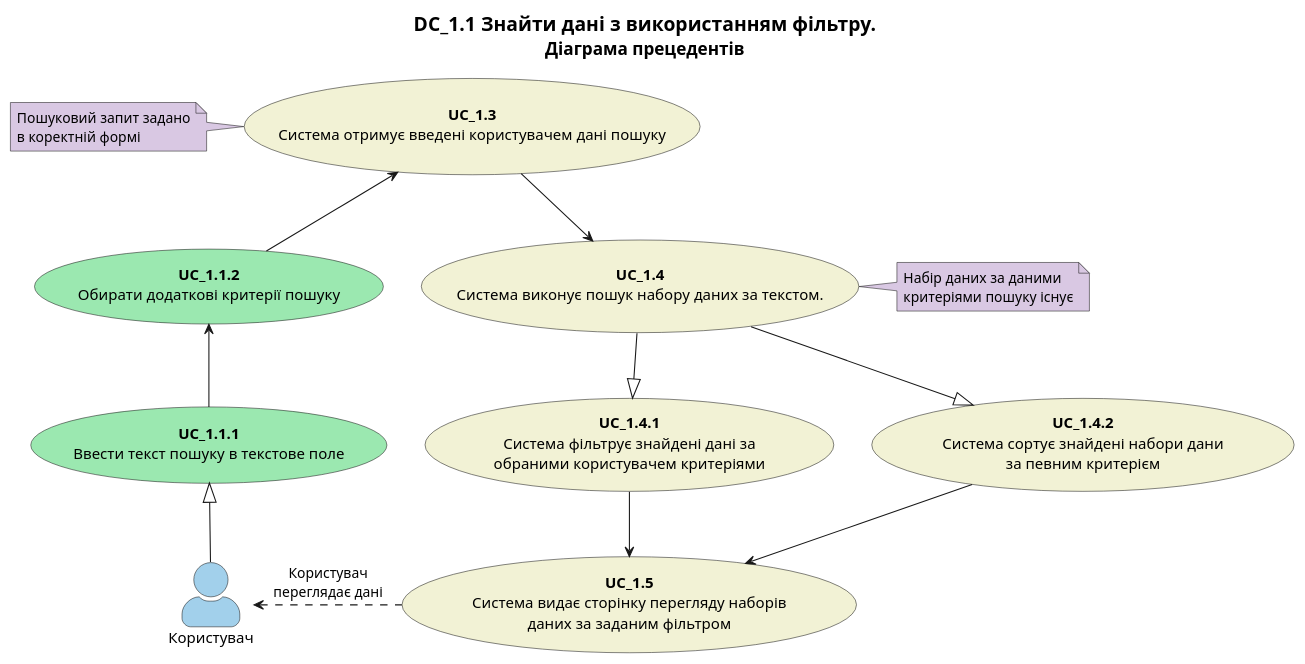
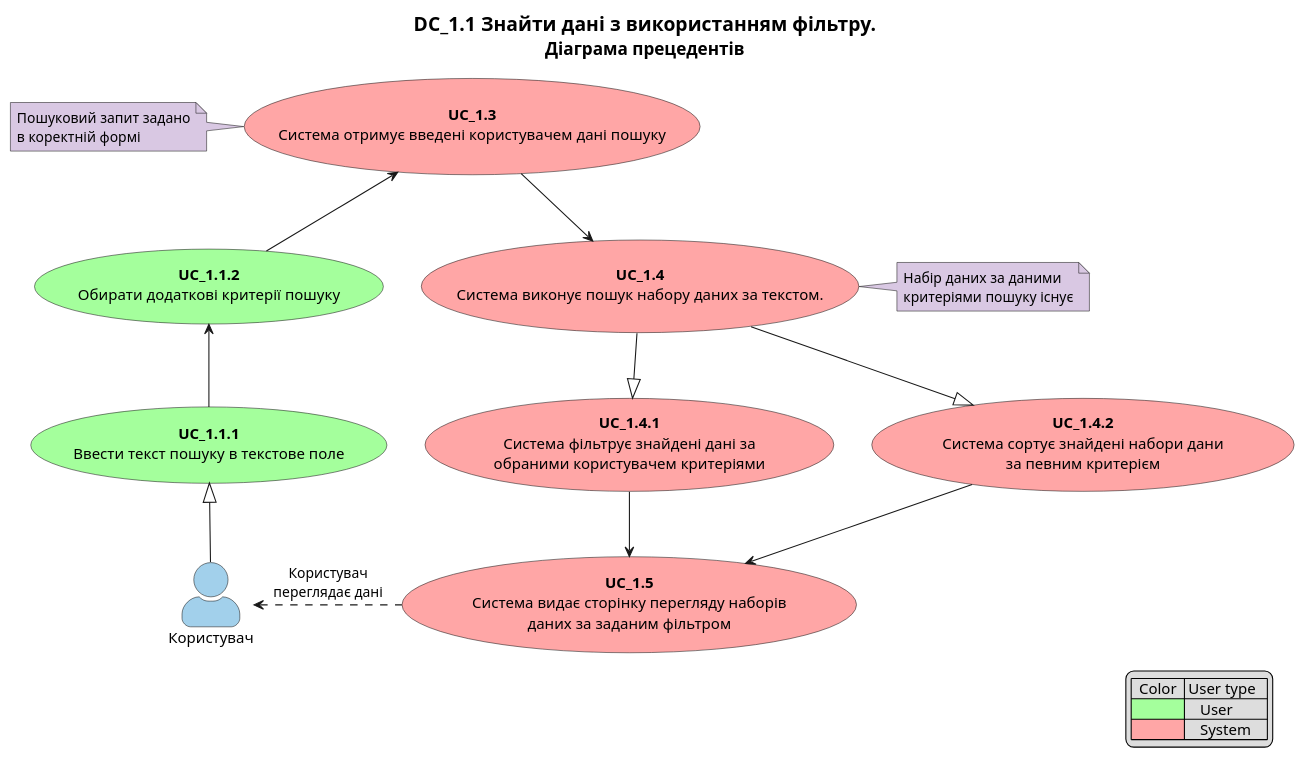
Before and after one commit to YanPetrov7/DB_REST_API: the sixth of 16 diagrams in docs/use cases/README.md, drawn with PlantUML. The commit also changed other lines of this file, not shown here.

Commit message:
docs: use cases colors & legend

```diff
--- a/docs/use cases/README.md
+++ b/docs/use cases/README.md
@@ -213,35 +213,41 @@
 @startuml
 
     title
         <font size=18 color=black>DC_1.1 Знайти дані з використанням фільтру.
         <font size=16 color=black>Діаграма прецедентів
     end title
 
+    legend right
+    |  Color  | User type   |
+    |<#a4ff9c>|    User     |
+    |<#ffa6a6>|    System   |
+    endlegend
+
     skinparam actorStyle awesome
 
     actor "Користувач" as User #a2d0eb
 
-    usecase "<b>UC_1.1.1</b>\nВвести текст пошуку в текстове поле" as S1 #9be8b0
-    usecase "<b>UC_1.1.2</b>\nОбирати додаткові критерії пошуку" as S2 #9be8b0
-    usecase "<b>UC_1.3</b>\nСистема отримує введені користувачем дані пошуку" as S3 #f2f2d5
-    usecase "<b>UC_1.4</b>\nСистема виконує пошук набору даних за текстом." as S4 #f2f2d5
-    usecase "<b>UC_1.4.1</b>\nСистема фільтрує знайдені дані за\nобраними користувачем критеріями" as S5 #f2f2d5
-    usecase "<b>UC_1.4.2</b>\nСистема сортує знайдені набори дани\nза певним критерієм" as S6 #f2f2d5
-    usecase "<b>UC_1.5</b>\nСистема видає сторінку перегляду наборів\nданих за заданим фільтром" as S7 #f2f2d5
+    usecase "<b>UC_1.1.1</b>\nВвести текст пошуку в текстове поле" as S1 #a4ff9c
+    usecase "<b>UC_1.1.2</b>\nОбирати додаткові критерії пошуку" as S2 #a4ff9c
+    usecase "<b>UC_1.3</b>\nСистема отримує введені користувачем дані пошуку" as S3 #ffa6a6
+    usecase "<b>UC_1.4</b>\nСистема виконує пошук набору даних за текстом." as S4 #ffa6a6
+    usecase "<b>UC_1.4.1</b>\nСистема фільтрує знайдені дані за\nобраними користувачем критеріями" as S5 #ffa6a6
+    usecase "<b>UC_1.4.2</b>\nСистема сортує знайдені набори дани\nза певним критерієм" as S6 #ffa6a6
+    usecase "<b>UC_1.5</b>\nСистема видає сторінку перегляду наборів\nданих за заданим фільтром" as S7 #ffa6a6
 
     note "Пошуковий запит задано\nв коректній формі" as EX1 #d9c8e3
     note "Набір даних за даними\nкритеріями пошуку існує" as EX2 #d9c8e3
 
     User -up-|> S1
     S1 -up-> S2
     S2 -up-> S3
     S3 -right-> S4
     S3 -left.. EX1
     S4 -right.. EX2
     S4 -down-|> S5
     S4 -down-|> S6
     S5 -down-> S7
     S6 -down-> S7
     S7 -left.> User:Користувач\nпереглядає дані
 
 @enduml
```
